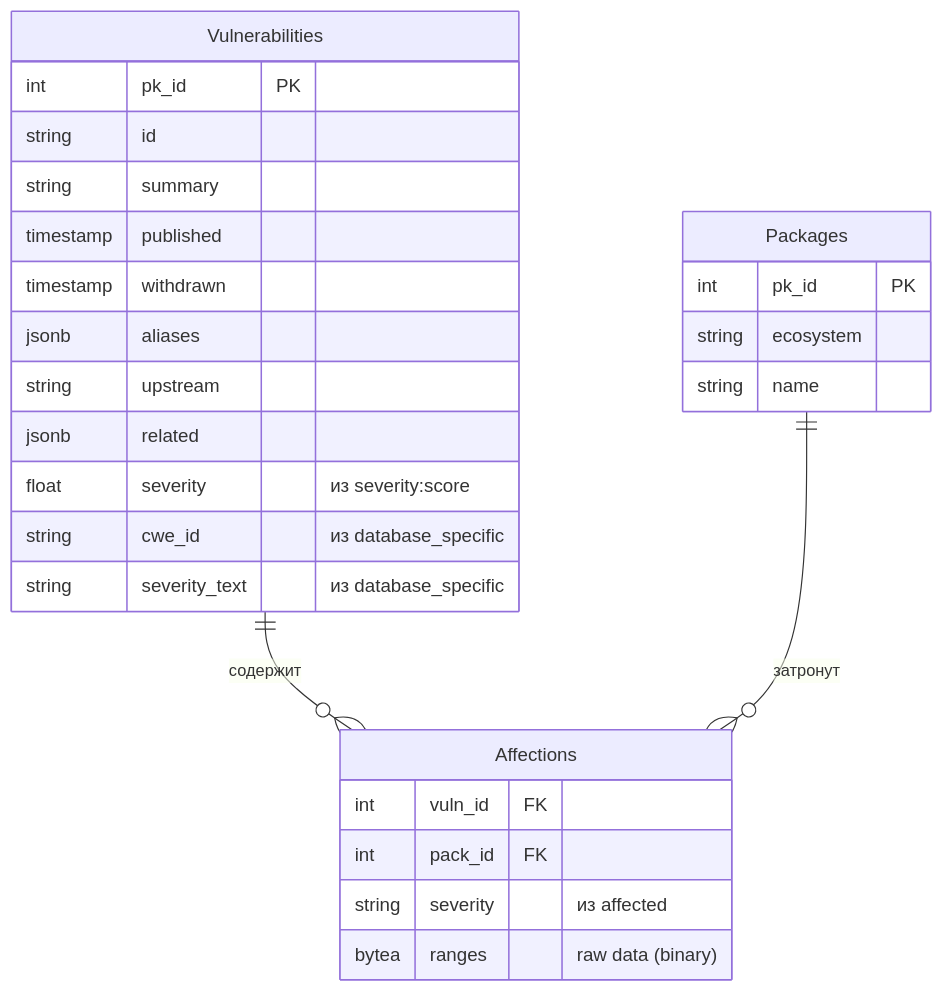
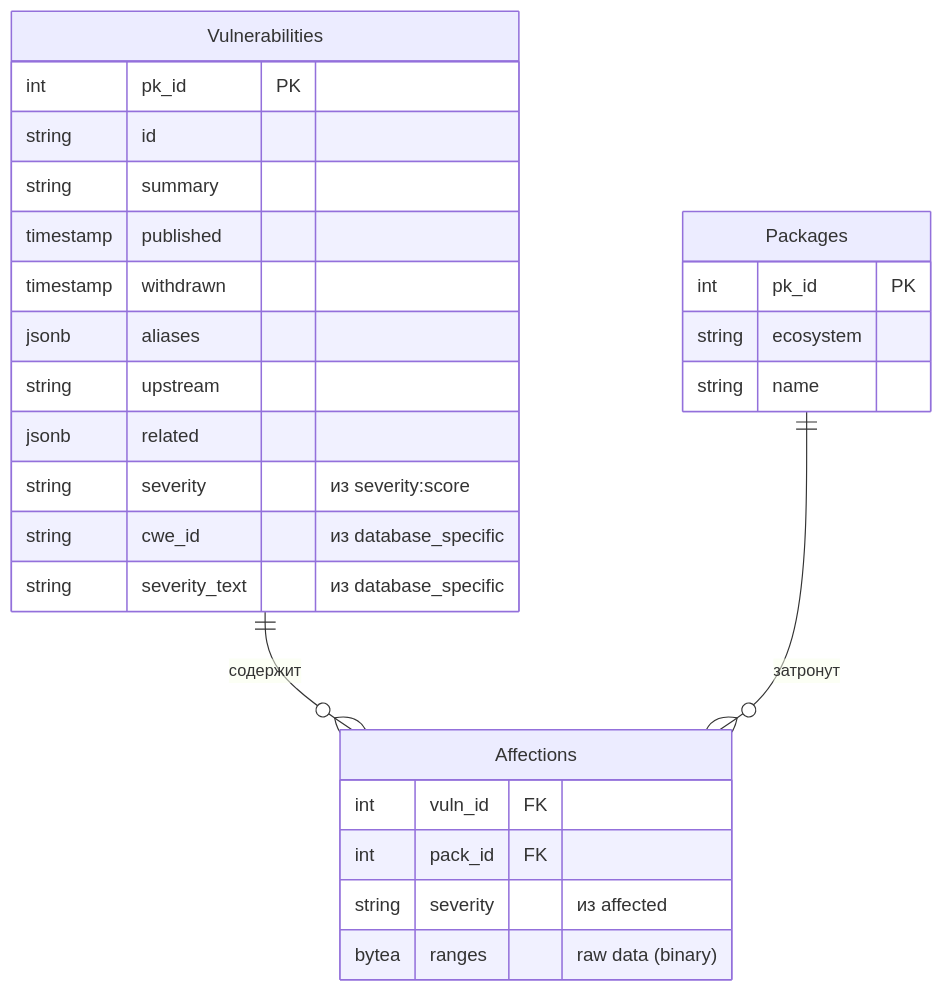
Before and after one commit to sstar1475/ai360_osv_insights: the diagram in report/db_req.mmd, drawn with Mermaid.

```diff
--- a/report/db_req.mmd
+++ b/report/db_req.mmd
@@ -1,30 +1,30 @@
 erDiagram
     Vulnerabilities ||--o{ Affections : "содержит"
     Packages ||--o{ Affections : "затронут"
 
     Vulnerabilities {
         int pk_id PK
         string id
         string summary
         timestamp published
         timestamp withdrawn
         jsonb aliases
         string upstream
         jsonb related
-        float severity "из severity:score"
+        string severity "из severity:score"
         string cwe_id "из database_specific"
         string severity_text "из database_specific"
     }
 
     Packages {
         int pk_id PK
         string ecosystem
         string name
     }
 
     Affections {
         int vuln_id FK
         int pack_id FK
         string severity "из affected"
         bytea ranges "raw data (binary)"
     }
```
